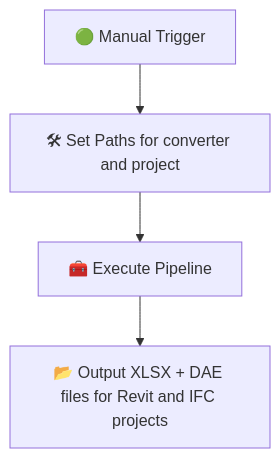
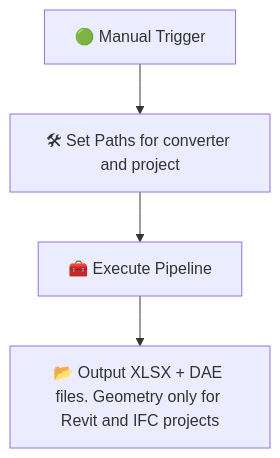
The diagram in README.md (ehtick/cad2data-Revit-IFC-DWG-DGN-pipeline-with-conversion-validation-qto), drawn with Mermaid before and after one commit.

````diff
--- a/README.md
+++ b/README.md
@@ -77,6 +77,6 @@
 ```mermaid
 graph TD;
     A[🟢 Manual Trigger] --> B[🛠 Set Paths for converter and project]
     B --> C[🧰 Execute Pipeline]
-    C --> D[📂 Output XLSX + DAE files for Revit and IFC projects]
+    C --> D[📂 Output XLSX + DAE files. Geometry only for Revit and IFC projects]
 ```
````
